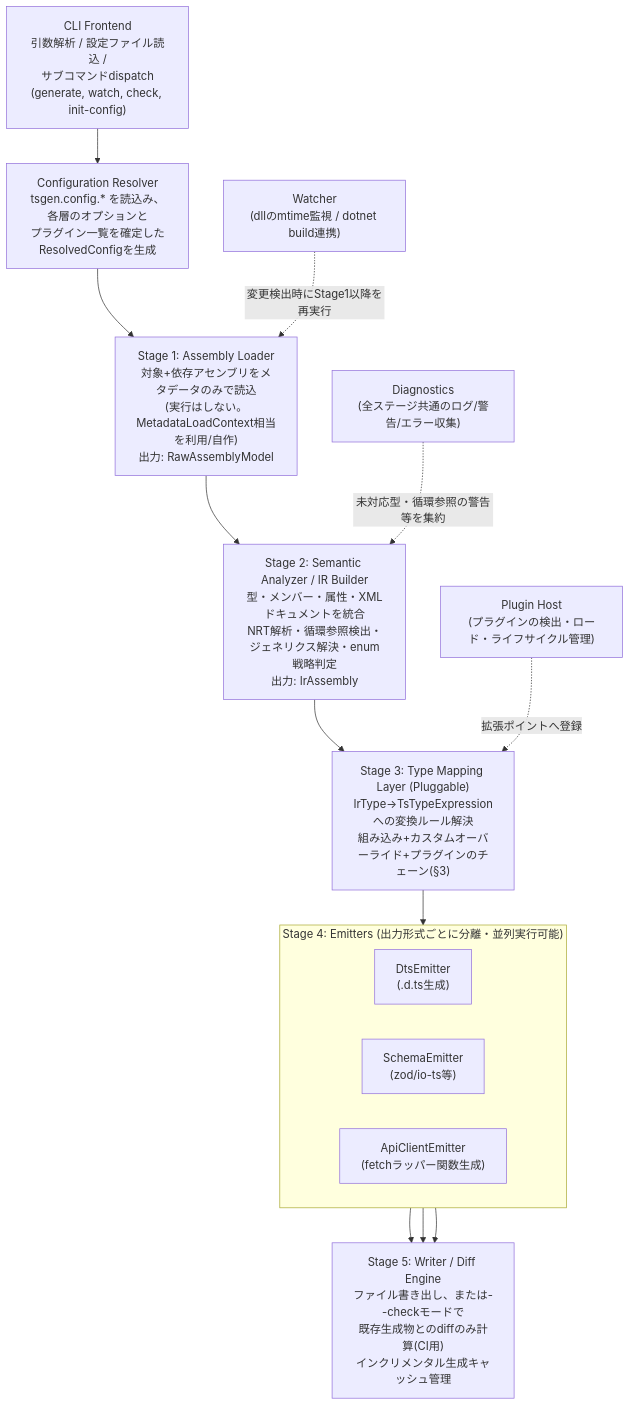
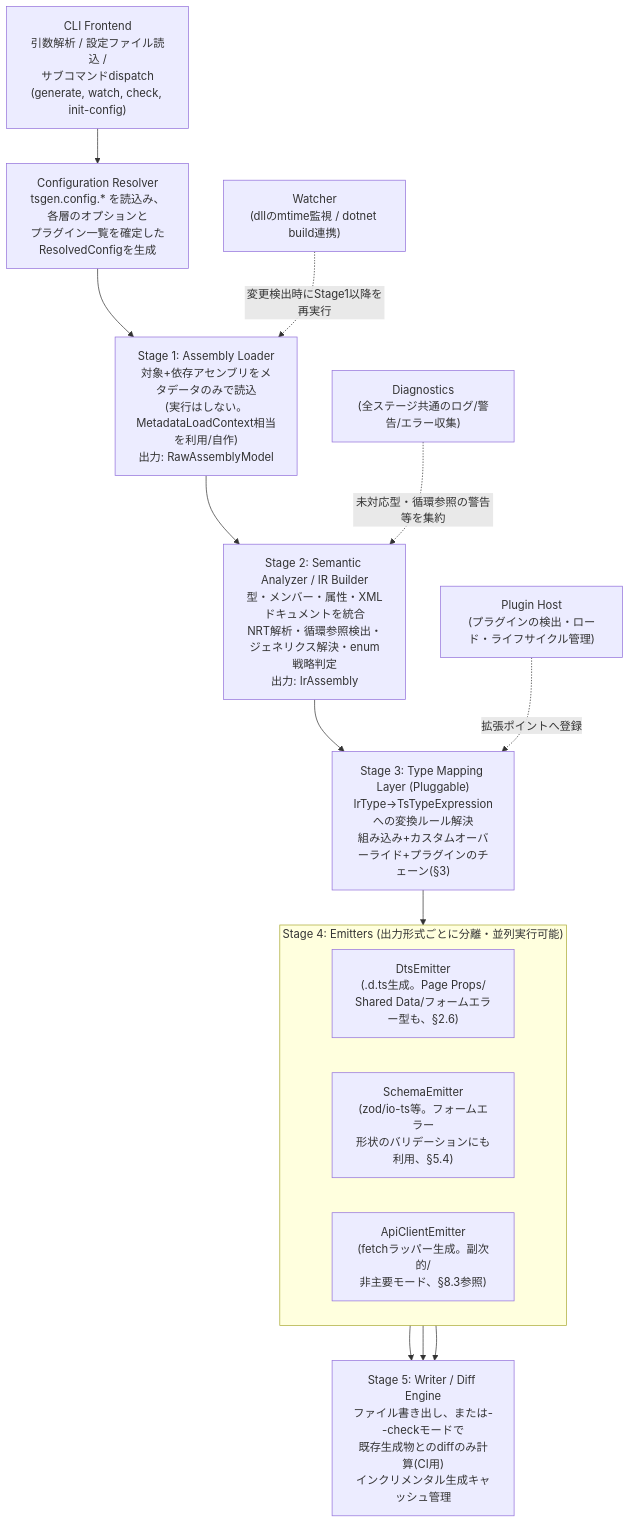
The first of 5 diagrams in docs/DESIGN_jp.md (tankoha/oxygene-tsgen), drawn with Mermaid before and after one commit. The commit also changed other lines of this file and 3 other files, not shown here.

First line of the commit message:
Pivot primary use case to Inertia.js Page Props generation

````diff
--- a/docs/DESIGN_jp.md
+++ b/docs/DESIGN_jp.md
@@ -49,26 +84,26 @@
 ```mermaid
 flowchart TD
     CLI["CLI Frontend<br/>引数解析 / 設定ファイル読込 /<br/>サブコマンドdispatch<br/>(generate, watch, check, init-config)"]
     CFG["Configuration Resolver<br/>tsgen.config.* を読込み、各層のオプションと<br/>プラグイン一覧を確定したResolvedConfigを生成"]
     S1["Stage 1: Assembly Loader<br/>対象+依存アセンブリをメタデータのみで読込<br/>(実行はしない。MetadataLoadContext相当を利用/自作)<br/>出力: RawAssemblyModel"]
     S2["Stage 2: Semantic Analyzer / IR Builder<br/>型・メンバー・属性・XMLドキュメントを統合<br/>NRT解析・循環参照検出・ジェネリクス解決・enum戦略判定<br/>出力: IrAssembly"]
     S3["Stage 3: Type Mapping Layer (Pluggable)<br/>IrType→TsTypeExpressionへの変換ルール解決<br/>組み込み+カスタムオーバーライド+プラグインのチェーン(§3)"]
 
     subgraph S4["Stage 4: Emitters (出力形式ごとに分離・並列実行可能)"]
         direction LR
-        S4DTS["DtsEmitter<br/>(.d.ts生成)"]
-        S4SCHEMA["SchemaEmitter<br/>(zod/io-ts等)"]
-        S4API["ApiClientEmitter<br/>(fetchラッパー関数生成)"]
+        S4DTS["DtsEmitter<br/>(.d.ts生成。Page Props/<br/>Shared Data/フォームエラー型も、§2.6)"]
+        S4SCHEMA["SchemaEmitter<br/>(zod/io-ts等。フォームエラー<br/>形状のバリデーションにも利用、§5.4)"]
+        S4API["ApiClientEmitter<br/>(fetchラッパー生成。副次的/<br/>非主要モード、§8.3参照)"]
     end
 
     S5["Stage 5: Writer / Diff Engine<br/>ファイル書き出し、または--checkモードで<br/>既存生成物とのdiffのみ計算(CI用)<br/>インクリメンタル生成キャッシュ管理"]
 
     CLI --> CFG --> S1 --> S2 --> S3 --> S4
     S4DTS --> S5
     S4SCHEMA --> S5
     S4API --> S5
 
     Watcher["Watcher<br/>(dllのmtime監視 / dotnet build連携)"] -.->|変更検出時にStage1以降を再実行| S1
     PluginHost["Plugin Host<br/>(プラグインの検出・ロード・ライフサイクル管理)"] -.->|拡張ポイントへ登録| S3
     Diag["Diagnostics<br/>(全ステージ共通のログ/警告/エラー収集)"] -.->|未対応型・循環参照の警告等を集約| S2
 ```
````
